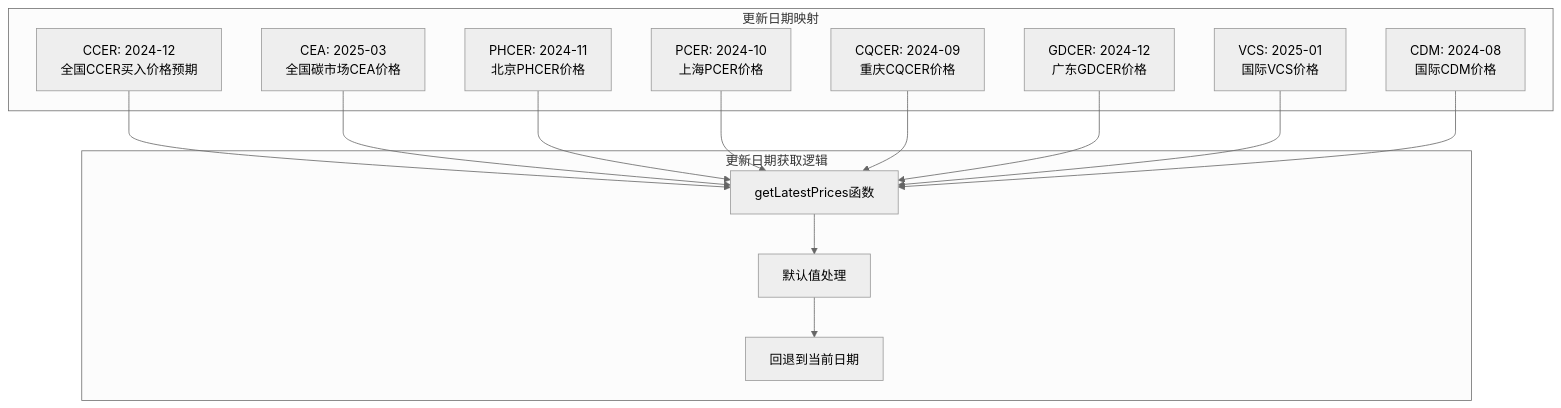
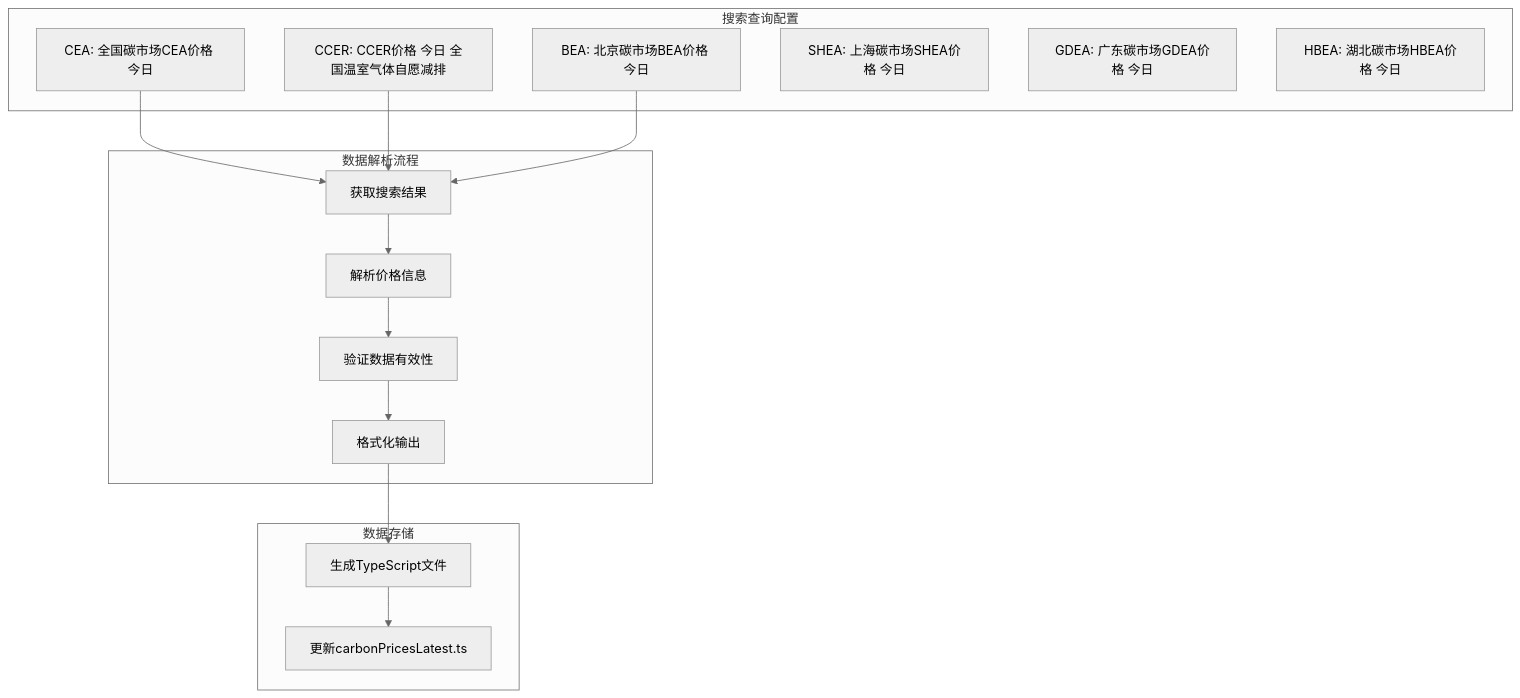
One commit to liangxuanliang-cmd/carbon-info-agent changed diagram 11 of 14 in .qoder/repowiki/zh/content/数据管理/价格数据管理.md. Above: the diagram before and after it, drawn with Mermaid (neutral theme). The commit also changed other lines of this file and 21 other files, not shown here.

````diff
--- a/.qoder/repowiki/zh/content/数据管理/价格数据管理.md
+++ b/.qoder/repowiki/zh/content/数据管理/价格数据管理.md
@@ -547,28 +565,29 @@
 ```mermaid
 graph TB
-subgraph "更新日期映射"
-CCER[CCER: 2024-12<br/>全国CCER买入价格预期]
-CEA[CEA: 2025-03<br/>全国碳市场CEA价格]
-PHCER[PHCER: 2024-11<br/>北京PHCER价格]
-PCER[PCER: 2024-10<br/>上海PCER价格]
-CQCER[CQCER: 2024-09<br/>重庆CQCER价格]
-GDCER[GDCER: 2024-12<br/>广东GDCER价格]
-VCS[VCS: 2025-01<br/>国际VCS价格]
-CDM[CDM: 2024-08<br/>国际CDM价格]
+subgraph "搜索查询配置"
+CEA[CEA: 全国碳市场CEA价格 今日]
+CCER[CCER: CCER价格 今日 全国温室气体自愿减排]
+BEA[BEA: 北京碳市场BEA价格 今日]
+SHEA[SHEA: 上海碳市场SHEA价格 今日]
+GDEA[GDEA: 广东碳市场GDEA价格 今日]
+HBEA[HBEA: 湖北碳市场HBEA价格 今日]
 end
-subgraph "更新日期获取逻辑"
-GetDate[getLatestPrices函数]
-Default[默认值处理]
-Fallback[回退到当前日期]
+subgraph "数据解析流程"
+Fetch[获取搜索结果]
+Parse[解析价格信息]
+Validate[验证数据有效性]
+Format[格式化输出]
 end
-CCER --> GetDate
-CEA --> GetDate
-PHCER --> GetDate
-PCER --> GetDate
-CQCER --> GetDate
-GDCER --> GetDate
-VCS --> GetDate
-CDM --> GetDate
-GetDate --> Default
-Default --> Fallback
+subgraph "数据存储"
+File[生成TypeScript文件]
+Latest[更新carbonPricesLatest.ts]
+end
+CEA --> Fetch
+CCER --> Fetch
+BEA --> Fetch
+Fetch --> Parse
+Parse --> Validate
+Validate --> Format
+Format --> File
+File --> Latest
 ```
````
